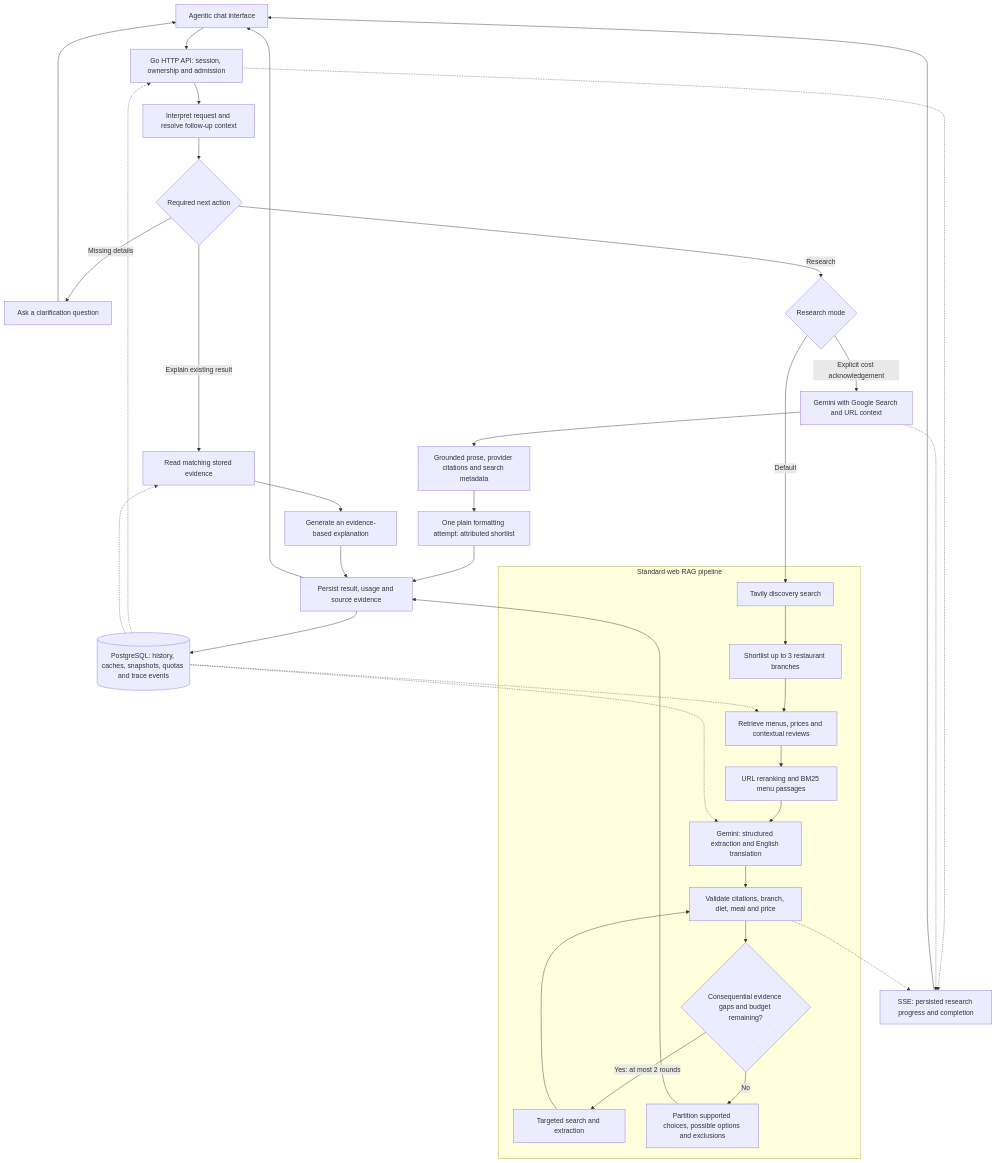
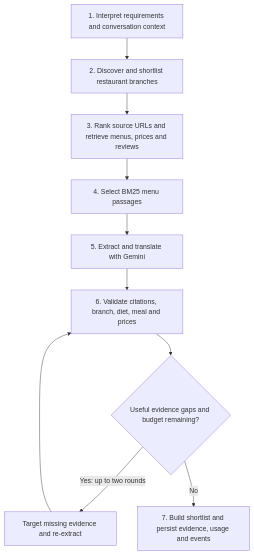
The second of 2 diagrams in README.md (an-algorithmist/table-for-you), drawn with Mermaid before and after one commit. The commit also changed other lines of this file, not shown here.

Commit message:
Separate architecture and research pipeline documentation

````diff
--- a/README.md
+++ b/README.md
@@ -77,42 +107,13 @@
 ```mermaid
 flowchart TD
-    UI[Agentic chat interface] --> API[Go HTTP API: session, ownership and admission]
-    API --> INT[Interpret request and resolve follow-up context]
-    INT --> ACTION{Required next action}
-    ACTION -->|Missing details| ASK[Ask a clarification question]
-    ASK --> UI
-    ACTION -->|Explain existing result| SAVED[Read matching stored evidence]
-    SAVED --> ANSWER[Generate an evidence-based explanation]
-    ACTION -->|Research| MODE{Research mode}
-
-    subgraph STANDARD[Standard web RAG pipeline]
-        DISC[Tavily discovery search] --> SHORT[Shortlist up to 3 restaurant branches]
-        SHORT --> FETCH[Retrieve menus, prices and contextual reviews]
-        FETCH --> IR[URL reranking and BM25 menu passages]
-        IR --> EXTRACT[Gemini: structured extraction and English translation]
-        EXTRACT --> CHECK[Validate citations, branch, diet, meal and price]
-        CHECK --> GAPS{Consequential evidence gaps and budget remaining?}
-        GAPS -->|Yes: at most 2 rounds| TARGET[Targeted search and extraction]
-        TARGET --> CHECK
-        GAPS -->|No| CARDS[Partition supported choices, possible options and exclusions]
-    end
-
-    MODE -->|Default| DISC
-    MODE -->|Explicit cost acknowledgement| GROUND[Gemini with Google Search and URL context]
-    GROUND --> ATTR[Grounded prose, provider citations and search metadata]
-    CARDS --> STORE[Persist result, usage and source evidence]
-    ATTR --> FORMAT[One plain formatting attempt: attributed shortlist]
-    FORMAT --> STORE
-    ANSWER --> STORE
-    STORE --> UI
-
-    DB[(PostgreSQL: history, caches, snapshots, quotas and trace events)] -.-> API
-    DB -.-> SAVED
-    DB -.-> FETCH
-    DB -.-> EXTRACT
-    STORE --> DB
-    API -.-> SSE[SSE: persisted research progress and completion]
-    CHECK -.-> SSE
-    GROUND -.-> SSE
-    SSE --> UI
+    REQUEST["1. Interpret requirements and conversation context"]
+    REQUEST --> DISCOVER["2. Discover and shortlist restaurant branches"]
+    DISCOVER --> RETRIEVE["3. Rank source URLs and retrieve menus, prices and reviews"]
+    RETRIEVE --> RANK["4. Select BM25 menu passages"]
+    RANK --> EXTRACT["5. Extract and translate with Gemini"]
+    EXTRACT --> VALIDATE["6. Validate citations, branch, diet, meal and prices"]
+    VALIDATE --> GAPS{"Useful evidence gaps and budget remaining?"}
+    GAPS -->|Yes: up to two rounds| REPAIR["Target missing evidence and re-extract"]
+    REPAIR --> VALIDATE
+    GAPS -->|No| RESULT["7. Build shortlist and persist evidence, usage and events"]
 ```
````
